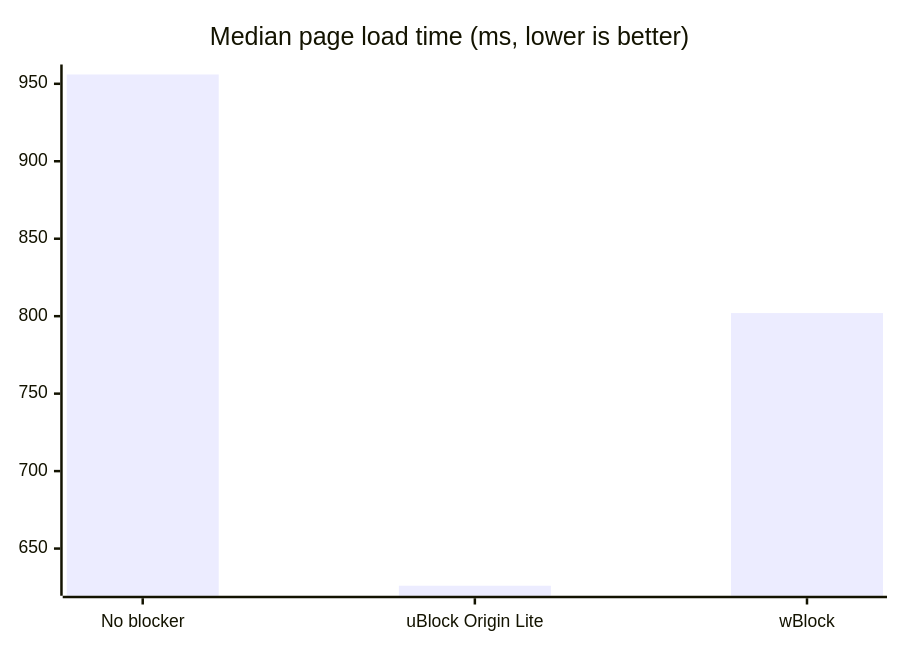
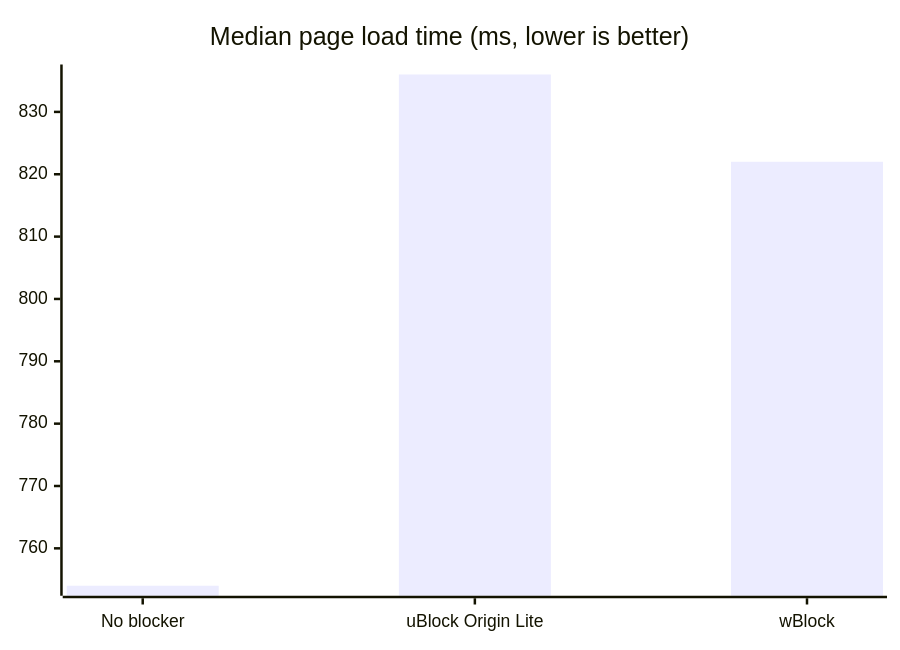
One commit to btecu/safari-ad changed the second of 2 diagrams in README.md. Above: the diagram before and after it, drawn with Mermaid. The commit also changed other lines of this file and 56 other files, not shown here.

````diff
--- a/README.md
+++ b/README.md
@@ -65,6 +65,6 @@
 ```mermaid
 xychart-beta
   title "Median page load time (ms, lower is better)"
   x-axis ["No blocker", "uBlock Origin Lite", "wBlock"]
-  bar [956, 626, 802]
+  bar [754, 836, 822]
 ```
````
